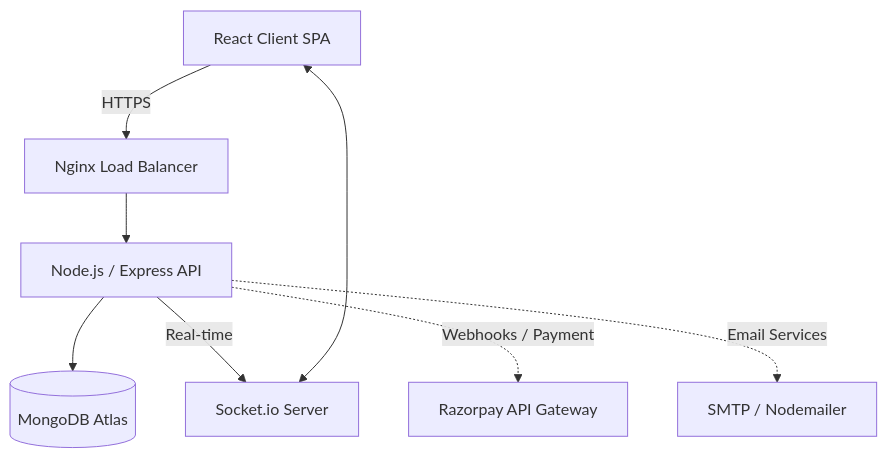
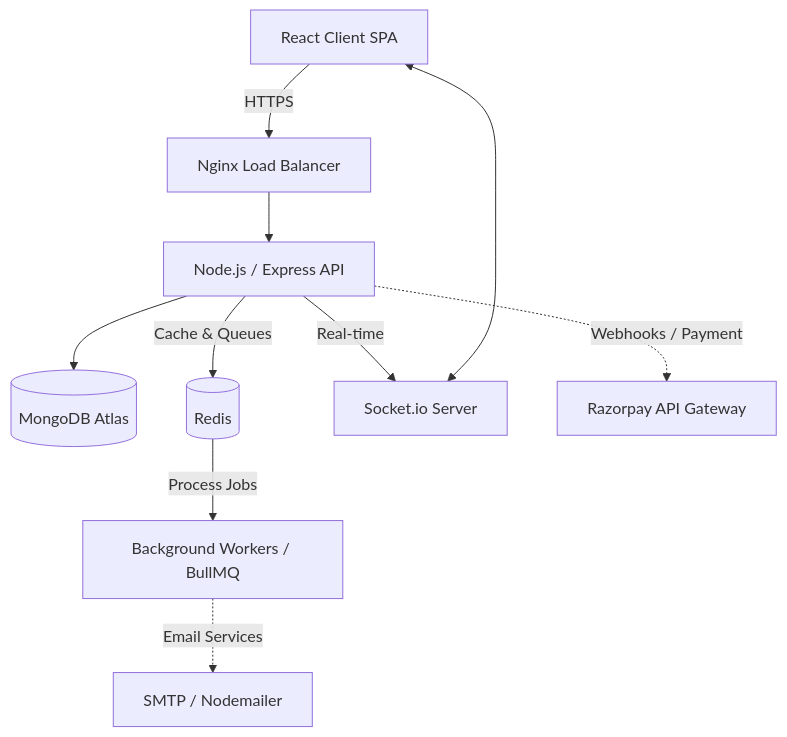
The first of 3 diagrams in README.md (Maheswara192/HostelsPGs-Managament-website), drawn with Mermaid before and after one commit. The commit also changed other lines of this file, not shown here.

Commit message:
docs: update architecture diagram with redis and background workers

````diff
--- a/README.md
+++ b/README.md
@@ -28,10 +30,12 @@
 ```mermaid
 graph TD
     Client[React Client SPA] -->|HTTPS| LoadBalancer[Nginx Load Balancer]
     LoadBalancer --> API[Node.js / Express API]
     API --> DB[(MongoDB Atlas)]
+    API -->|Cache & Queues| Redis[(Redis)]
     API -->|Real-time| Socket[Socket.io Server]
     Socket <--> Client
+    Redis -->|Process Jobs| Workers[Background Workers / BullMQ]
+    Workers -.->|Email Services| SMTP[SMTP / Nodemailer]
     API -.->|Webhooks / Payment| Razorpay[Razorpay API Gateway]
-    API -.->|Email Services| SMTP[SMTP / Nodemailer]
 ```
````
